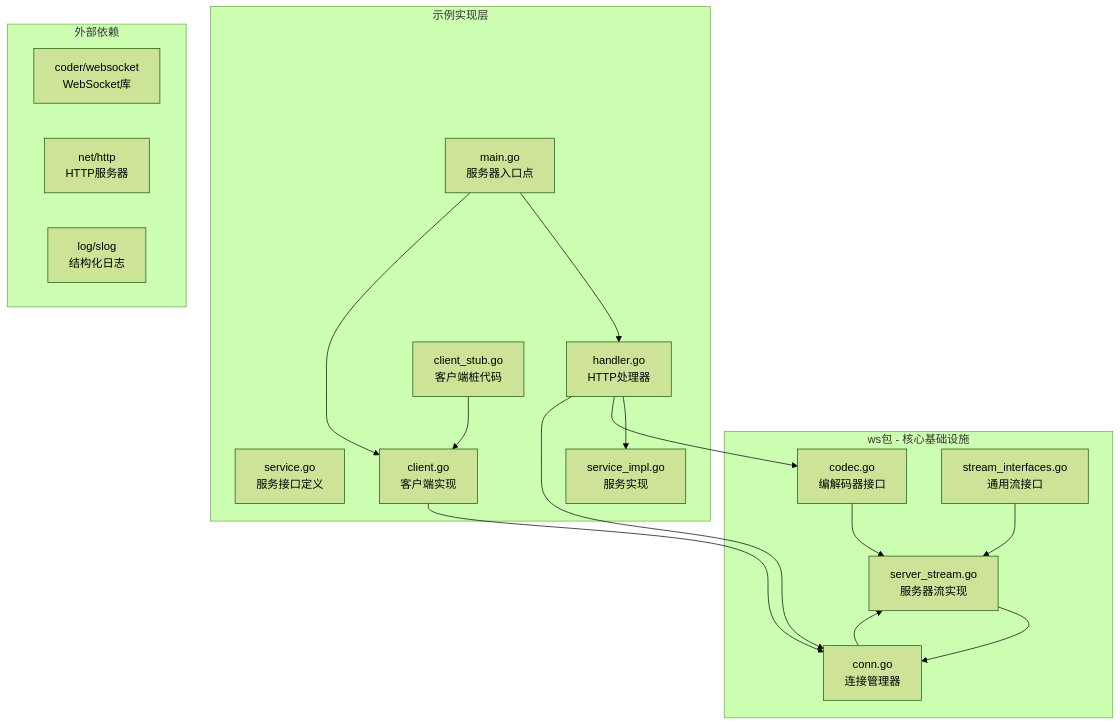
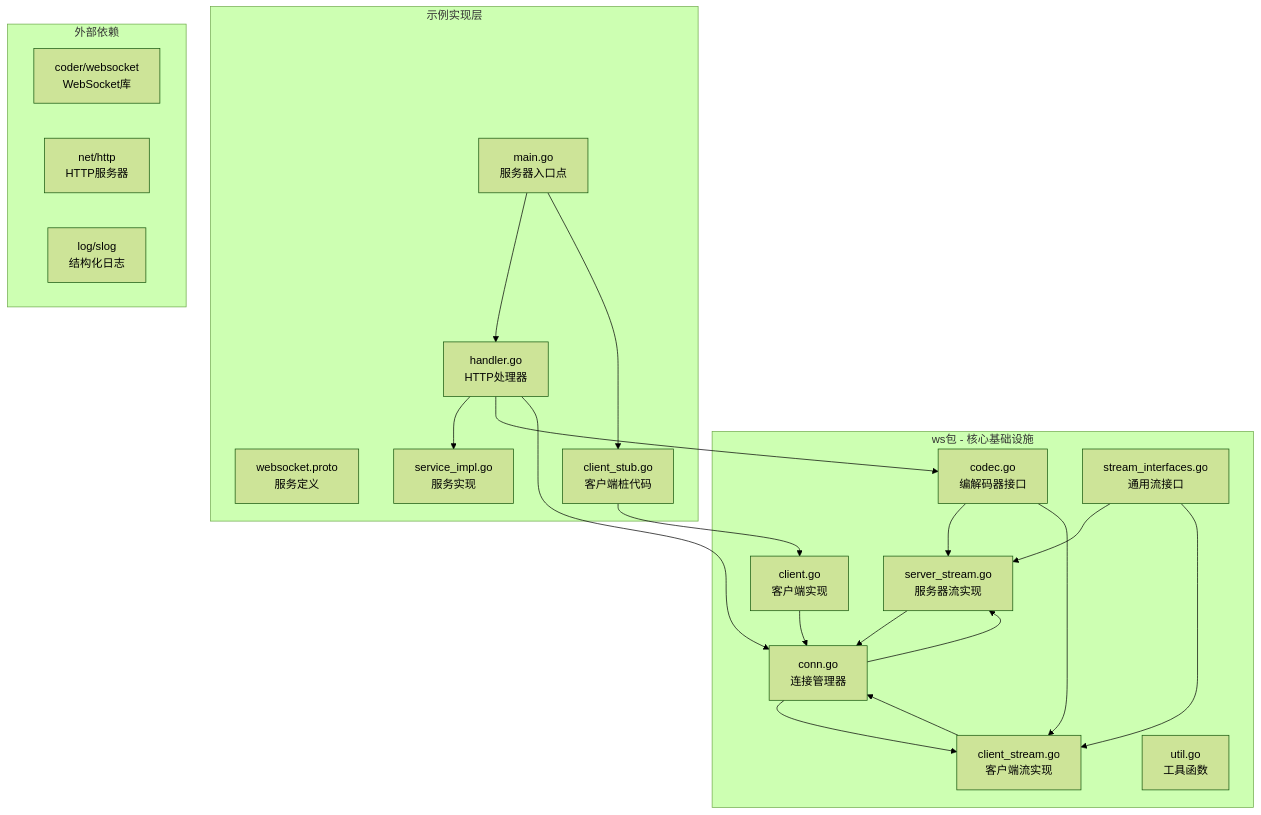
One commit to soyacen/goose changed the first of 15 diagrams in .agents/repowiki/zh/content/示例和最佳实践/WebSocket流式系统.md. Above: the diagram before and after it, drawn with Mermaid (forest theme). The commit also changed other lines of this file and 5 other files, not shown here.

````diff
--- a/.agents/repowiki/zh/content/示例和最佳实践/WebSocket流式系统.md
+++ b/.agents/repowiki/zh/content/示例和最佳实践/WebSocket流式系统.md
@@ -50,33 +51,39 @@
 ```mermaid
 graph TB
 subgraph "ws包 - 核心基础设施"
 Codec[codec.go<br/>编解码器接口]
 Conn[conn.go<br/>连接管理器]
+ClientStream[client_stream.go<br/>客户端流实现]
 ServerStream[server_stream.go<br/>服务器流实现]
 Interfaces[stream_interfaces.go<br/>通用流接口]
+Client[client.go<br/>客户端实现]
+Util[util.go<br/>工具函数]
 end
 subgraph "示例实现层"
-Service[service.go<br/>服务接口定义]
+Proto[websocket.proto<br/>服务定义]
 ServiceImpl[service_impl.go<br/>服务实现]
 Handler[handler.go<br/>HTTP处理器]
 ClientStub[client_stub.go<br/>客户端桩代码]
-Client[client.go<br/>客户端实现]
 Main[main.go<br/>服务器入口点]
 end
 subgraph "外部依赖"
 WS[coder/websocket<br/>WebSocket库]
 HTTP[net/http<br/>HTTP服务器]
 SLog[log/slog<br/>结构化日志]
 end
 Codec --> ServerStream
+Codec --> ClientStream
 Conn --> ServerStream
+Conn --> ClientStream
 Interfaces --> ServerStream
+Interfaces --> ClientStream
 Handler --> ServiceImpl
 Handler --> Codec
 Handler --> Conn
 ClientStub --> Client
 Client --> Conn
 ServerStream --> Conn
+ClientStream --> Conn
 Main --> Handler
-Main --> Client
+Main --> ClientStub
 ```
````
